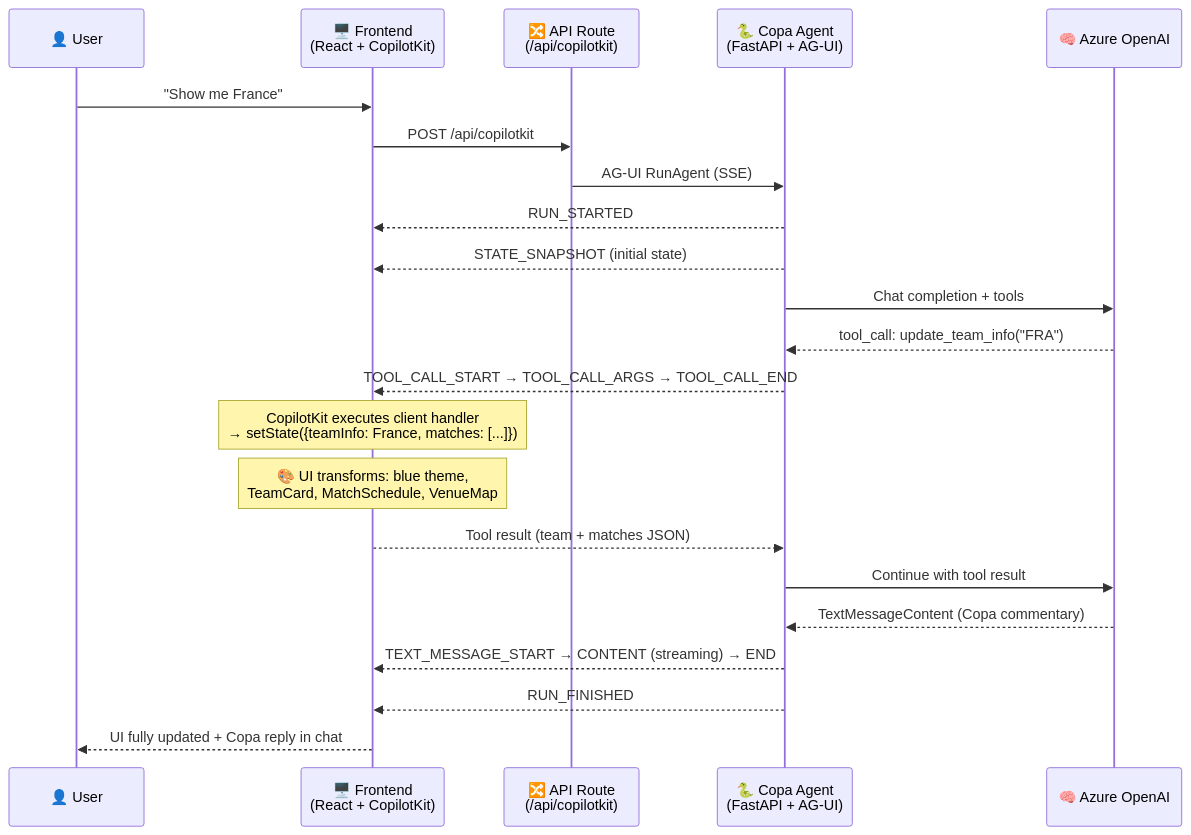
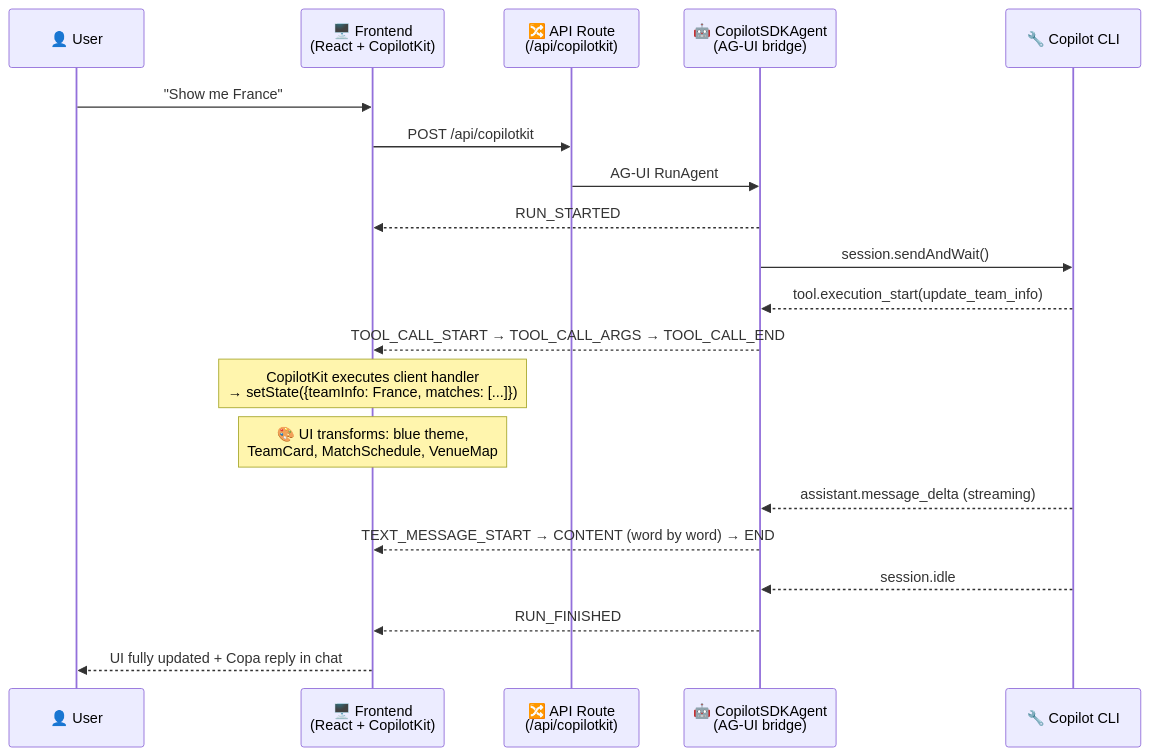
Before and after one commit to fredgis/foot-agui-sample: the second of 3 diagrams in README.md, drawn with Mermaid. The commit also changed other lines of this file and 33 other files, not shown here.

First line of the commit message:
refactor: remove Python/FastAPI backend, focus on AG-UI + Copilot SDK

````diff
--- a/README.md
+++ b/README.md
@@ -52,25 +126,23 @@
 ```mermaid
 sequenceDiagram
     participant U as 👤 User
     participant F as 🖥️ Frontend<br/>(React + CopilotKit)
     participant R as 🔀 API Route<br/>(/api/copilotkit)
-    participant A as 🐍 Copa Agent<br/>(FastAPI + AG-UI)
-    participant L as 🧠 Azure OpenAI
+    participant A as 🤖 CopilotSDKAgent<br/>(AG-UI bridge)
+    participant C as 🔧 Copilot CLI
 
     U->>F: "Show me France"
     F->>R: POST /api/copilotkit
-    R->>A: AG-UI RunAgent (SSE)
+    R->>A: AG-UI RunAgent
     A-->>F: RUN_STARTED
-    A-->>F: STATE_SNAPSHOT (initial state)
-    A->>L: Chat completion + tools
-    L-->>A: tool_call: update_team_info("FRA")
+    A->>C: session.sendAndWait()
+    C-->>A: tool.execution_start(update_team_info)
     A-->>F: TOOL_CALL_START → TOOL_CALL_ARGS → TOOL_CALL_END
     Note over F: CopilotKit executes client handler<br/>→ setState({teamInfo: France, matches: [...]})
     Note over F: 🎨 UI transforms: blue theme,<br/>TeamCard, MatchSchedule, VenueMap
-    F-->>A: Tool result (team + matches JSON)
-    A->>L: Continue with tool result
-    L-->>A: TextMessageContent (Copa commentary)
-    A-->>F: TEXT_MESSAGE_START → CONTENT (streaming) → END
+    C-->>A: assistant.message_delta (streaming)
+    A-->>F: TEXT_MESSAGE_START → CONTENT (word by word) → END
+    C-->>A: session.idle
     A-->>F: RUN_FINISHED
     F-->>U: UI fully updated + Copa reply in chat
 ```
````
